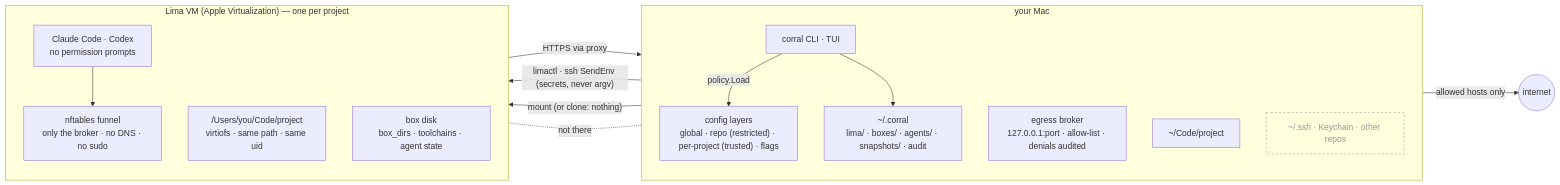
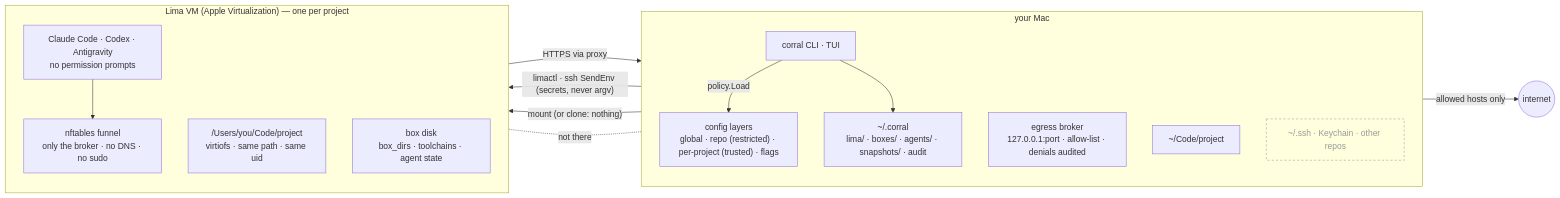
One commit to corral-sh/corral changed the first of 2 diagrams in README.md. Above: the diagram before and after it, drawn with Mermaid. The commit also changed other lines of this file and 16 other files, not shown here.

````diff
--- a/README.md
+++ b/README.md
@@ -45,27 +45,27 @@
 ```mermaid
 flowchart LR
     subgraph mac["your Mac"]
         direction TB
         cli["corral CLI · TUI"]
         cfg["config layers<br/>global · repo (restricted) · per-project (trusted) · flags"]
         broker["egress broker<br/>127.0.0.1:port · allow-list · denials audited"]
         state["~/.corral<br/>lima/ · boxes/ · agents/ · snapshots/ · audit"]
         proj["~/Code/project"]
         keys["~/.ssh · Keychain · other repos"]
     end
     subgraph vm["Lima VM (Apple Virtualization) — one per project"]
         direction TB
-        agent["Claude Code · Codex<br/>no permission prompts"]
+        agent["Claude Code · Codex · Antigravity<br/>no permission prompts"]
         mount["/Users/you/Code/project<br/>virtiofs · same path · same uid"]
         local["box disk<br/>box_dirs · toolchains · agent state"]
         nft["nftables funnel<br/>only the broker · no DNS · no sudo"]
     end
     cli -- "policy.Load" --> cfg
     cli -- "limactl · ssh SendEnv (secrets, never argv)" --> agent
     proj -- "mount (or clone: nothing)" --> mount
     agent --> nft -- "HTTPS via proxy" --> broker -- "allowed hosts only" --> internet(("internet"))
     cli --> state
     keys -. "not there" .- vm
     classDef off fill:none,stroke:#999,stroke-dasharray: 4 4,color:#999
     class keys off
 ```
````
